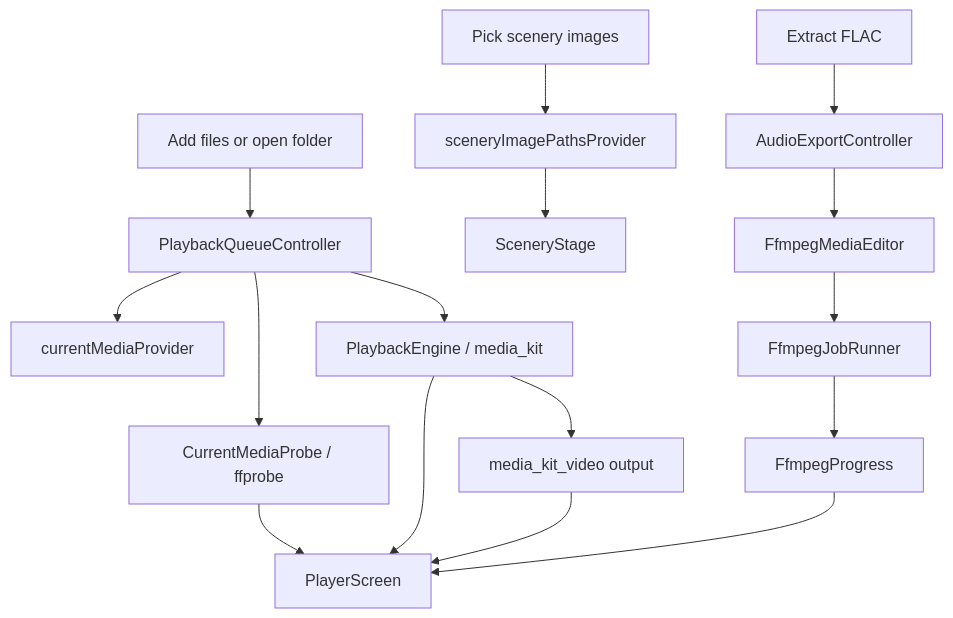
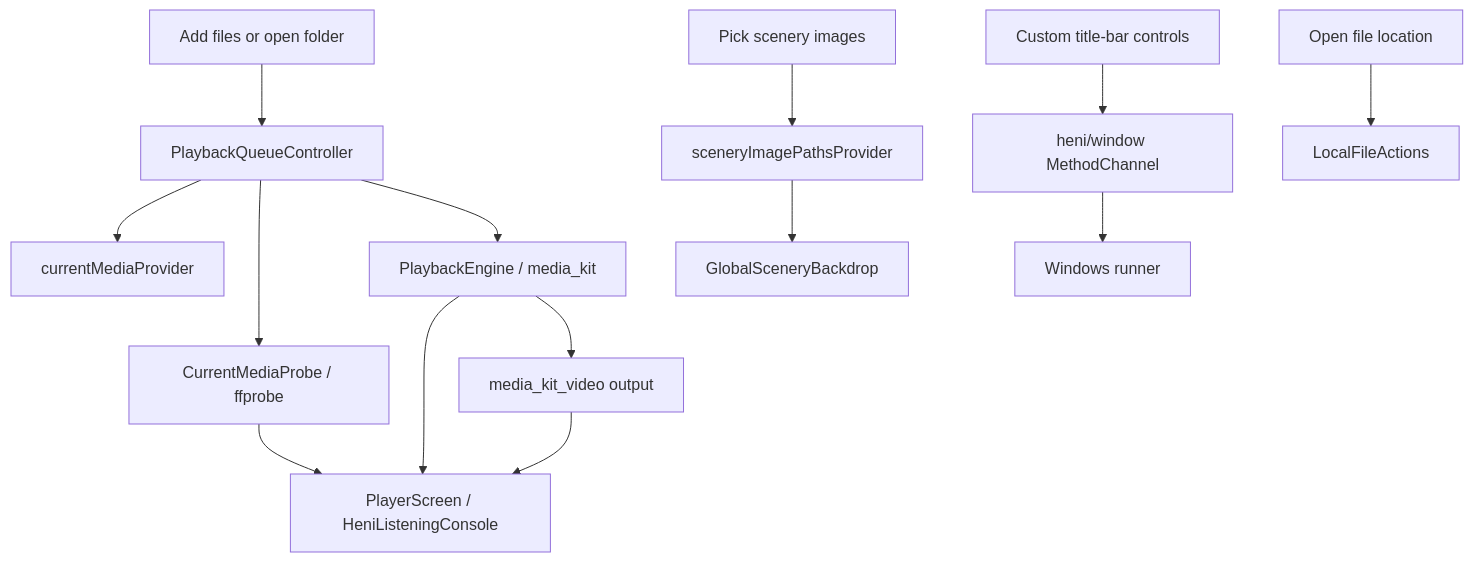
Before and after one commit to fhfeishi/heni: the diagram in docs/project-overview.md, drawn with Mermaid. The commit also changed other lines of this file and 8 other files, not shown here.

````diff
--- a/docs/project-overview.md
+++ b/docs/project-overview.md
@@ -44,18 +44,16 @@
 ```mermaid
 flowchart TD
   Pick["Add files or open folder"] --> Queue["PlaybackQueueController"]
   Queue --> PlayerState["currentMediaProvider"]
   Queue --> Probe["CurrentMediaProbe / ffprobe"]
   Queue --> Engine["PlaybackEngine / media_kit"]
-  Engine --> UI["PlayerScreen"]
+  Engine --> UI["PlayerScreen / HeniListeningConsole"]
   Engine --> Video["media_kit_video output"]
   Probe --> UI
   Video --> UI
   Images["Pick scenery images"] --> SceneryState["sceneryImagePathsProvider"]
-  SceneryState --> Stage["SceneryStage"]
-  Export["Extract FLAC"] --> Controller["AudioExportController"]
-  Controller --> Editor["FfmpegMediaEditor"]
-  Editor --> Job["FfmpegJobRunner"]
-  Job --> Progress["FfmpegProgress"]
-  Progress --> UI
+  SceneryState --> Backdrop["GlobalSceneryBackdrop"]
+  WindowUI["Custom title-bar controls"] --> Channel["heni/window MethodChannel"]
+  Channel --> Runner["Windows runner"]
+  FileUI["Open file location"] --> FileService["LocalFileActions"]
 ```
````
